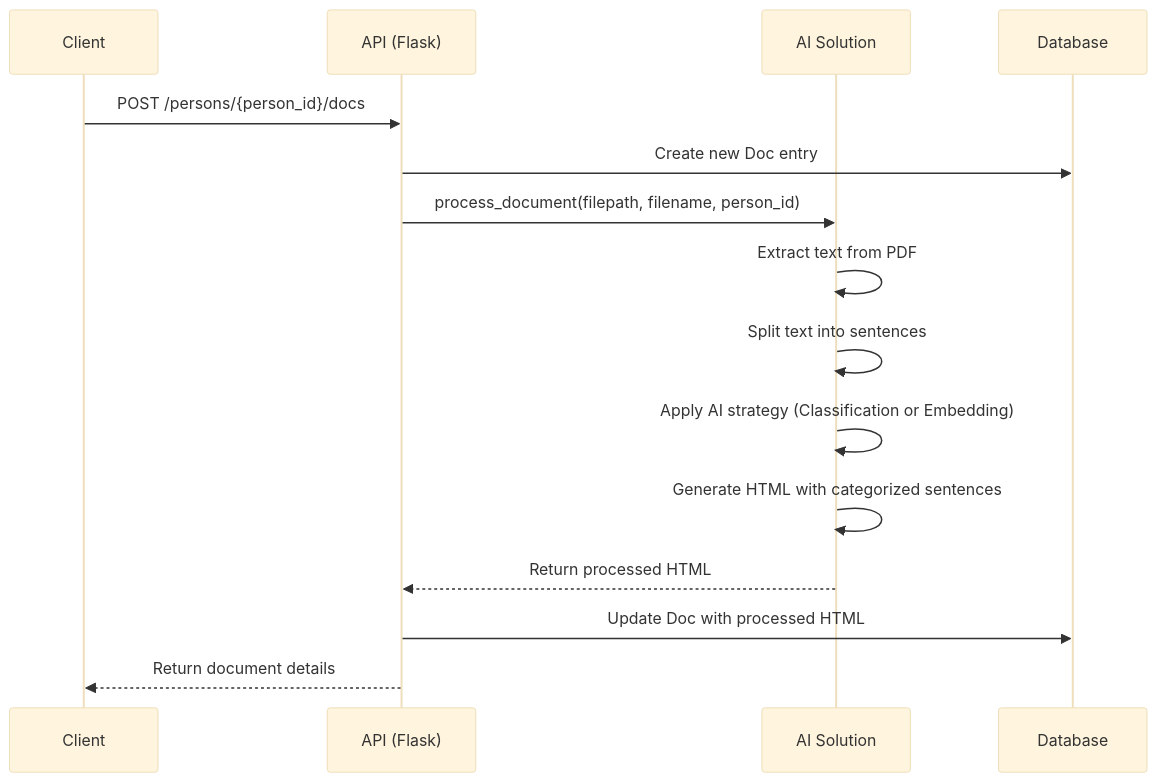
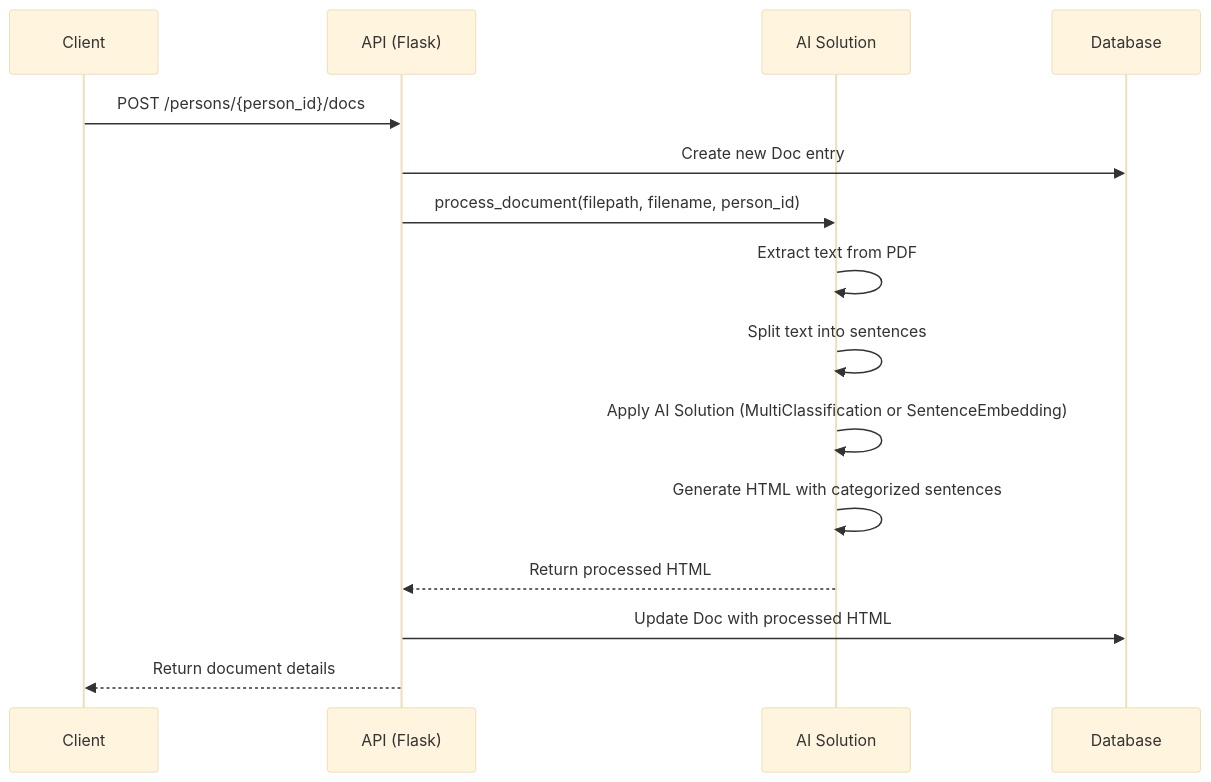
One commit to SuleyNL/AI-Text-Classification-App changed the diagram in README.md. Above: the diagram before and after it, drawn with Mermaid (base theme). The commit also changed other lines of this file and 1 other file, not shown here.

````diff
--- a/README.md
+++ b/README.md
@@ -50,18 +55,18 @@
 ```mermaid
 sequenceDiagram
     participant C as Client
     participant A as API (Flask)
     participant S as AI Solution
     participant D as Database
 
     C->>A: POST /persons/{person_id}/docs
     A->>D: Create new Doc entry
     A->>S: process_document(filepath, filename, person_id)
     S->>S: Extract text from PDF
     S->>S: Split text into sentences
-    S->>S: Apply AI strategy (Classification or Embedding)
+    S->>S: Apply AI Solution (MultiClassification or SentenceEmbedding)
     S->>S: Generate HTML with categorized sentences
     S-->>A: Return processed HTML
     A->>D: Update Doc with processed HTML
     A-->>C: Return document details
 ```
````
